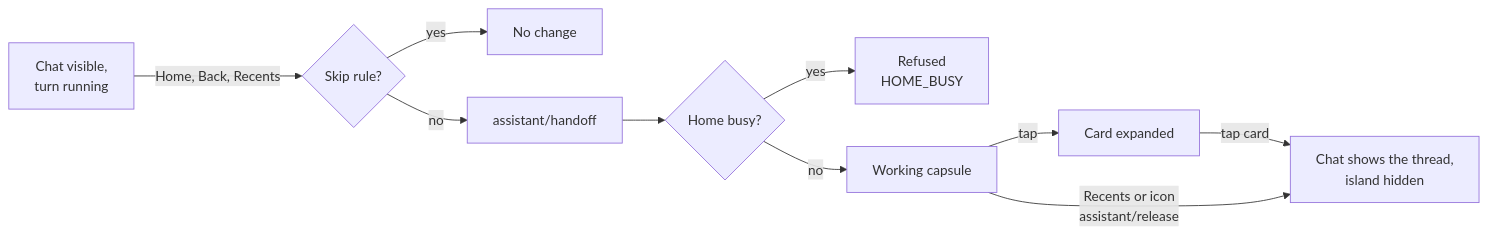
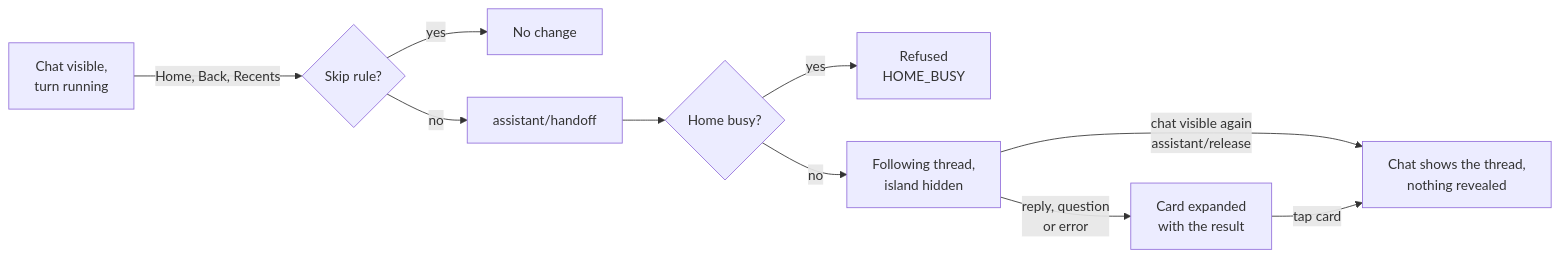
Before and after one commit to Taku-OS/taku-os: the diagram in docs/dynamic-island-chat-handoff-spec.md, drawn with Mermaid. The commit also changed other lines of this file, not shown here.

First line of the commit message:
docs(island): reveal the finished reply instead of a working capsule

````diff
--- a/docs/dynamic-island-chat-handoff-spec.md
+++ b/docs/dynamic-island-chat-handoff-spec.md
@@ -78,12 +80,12 @@
 ```mermaid
 flowchart LR
   chat["Chat visible,<br/>turn running"] -- "Home, Back, Recents" --> skip{"Skip rule?"}
   skip -- yes --> none["No change"]
   skip -- no --> handoff["assistant/handoff"]
   handoff --> busy{"Home busy?"}
   busy -- yes --> refused["Refused<br/>HOME_BUSY"]
-  busy -- no --> capsule["Working capsule"]
-  capsule -- tap --> card["Card expanded"]
-  card -- "tap card" --> back["Chat shows the thread,<br/>island hidden"]
-  capsule -- "Recents or icon<br/>assistant/release" --> back
+  busy -- no --> hidden["Following thread,<br/>island hidden"]
+  hidden -- "reply, question<br/>or error" --> card["Card expanded<br/>with the result"]
+  hidden -- "chat visible again<br/>assistant/release" --> back["Chat shows the thread,<br/>nothing revealed"]
+  card -- "tap card" --> back
 ```
````
